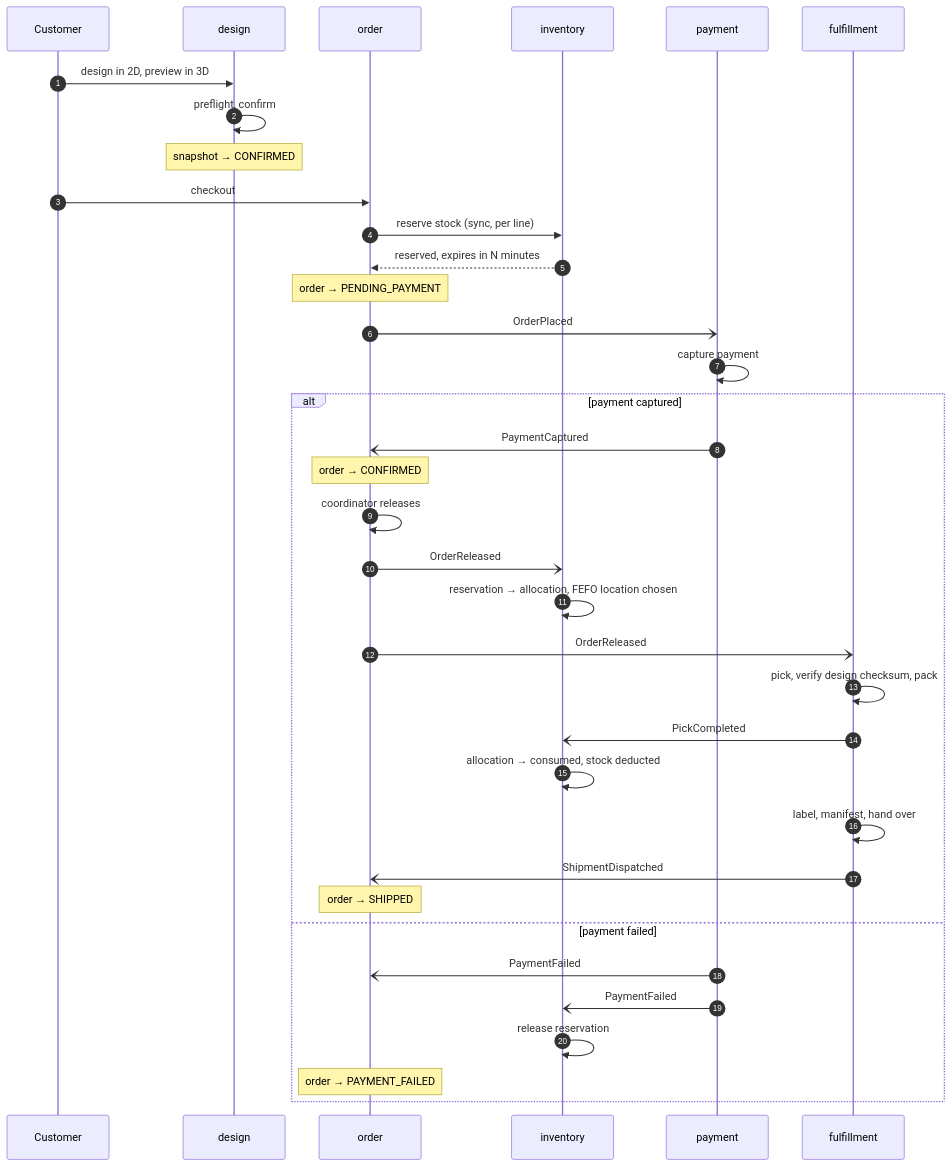
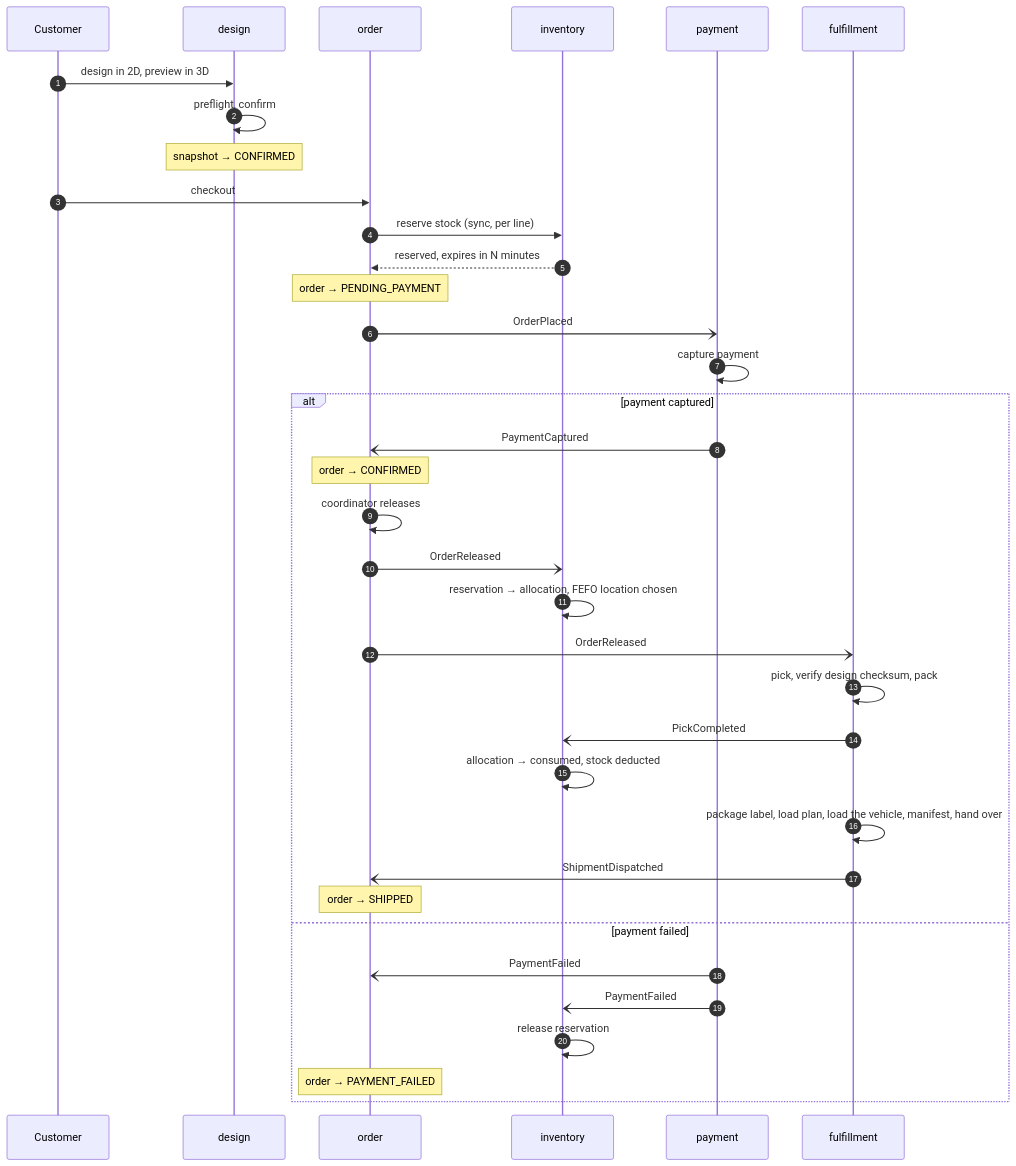
One commit to KLTN-FA26/be-backoffice-stockflow-commerce changed the second of 4 diagrams in docs/business-design/04-data-flows.md. Above: the diagram before and after it, drawn with Mermaid. The commit also changed other lines of this file and 14 other files, not shown here.

First line of the commit message:
docs: B2B-only scope, printed cups & packaging, production and subcontracting flows (SCRUM-421)

````diff
--- a/docs/business-design/04-data-flows.md
+++ b/docs/business-design/04-data-flows.md
@@ -74,40 +74,40 @@
 ```mermaid
 sequenceDiagram
     autonumber
     participant C as Customer
     participant D as design
     participant O as order
     participant I as inventory
     participant Y as payment
     participant F as fulfillment
 
     C->>D: design in 2D, preview in 3D
     D->>D: preflight, confirm
     Note over D: snapshot → CONFIRMED
     C->>O: checkout
     O->>I: reserve stock (sync, per line)
     I-->>O: reserved, expires in N minutes
     Note over O: order → PENDING_PAYMENT
     O-)Y: OrderPlaced
     Y->>Y: capture payment
 
     alt payment captured
         Y-)O: PaymentCaptured
         Note over O: order → CONFIRMED
         O->>O: coordinator releases
         O-)I: OrderReleased
         I->>I: reservation → allocation, FEFO location chosen
         O-)F: OrderReleased
         F->>F: pick, verify design checksum, pack
         F-)I: PickCompleted
         I->>I: allocation → consumed, stock deducted
-        F->>F: label, manifest, hand over
+        F->>F: package label, load plan, load the vehicle, manifest, hand over
         F-)O: ShipmentDispatched
         Note over O: order → SHIPPED
     else payment failed
         Y-)O: PaymentFailed
         Y-)I: PaymentFailed
         I->>I: release reservation
         Note over O: order → PAYMENT_FAILED
     end
 ```
````
